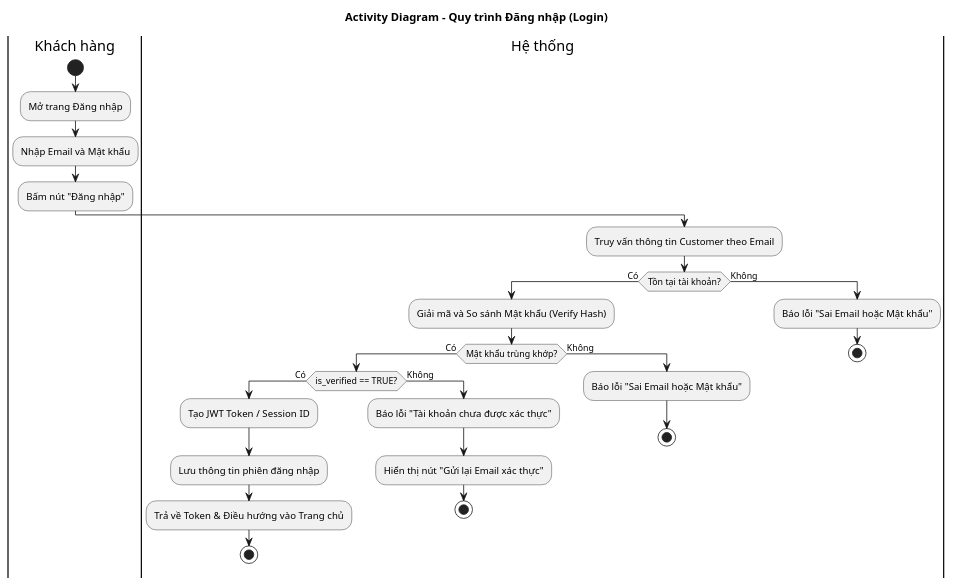
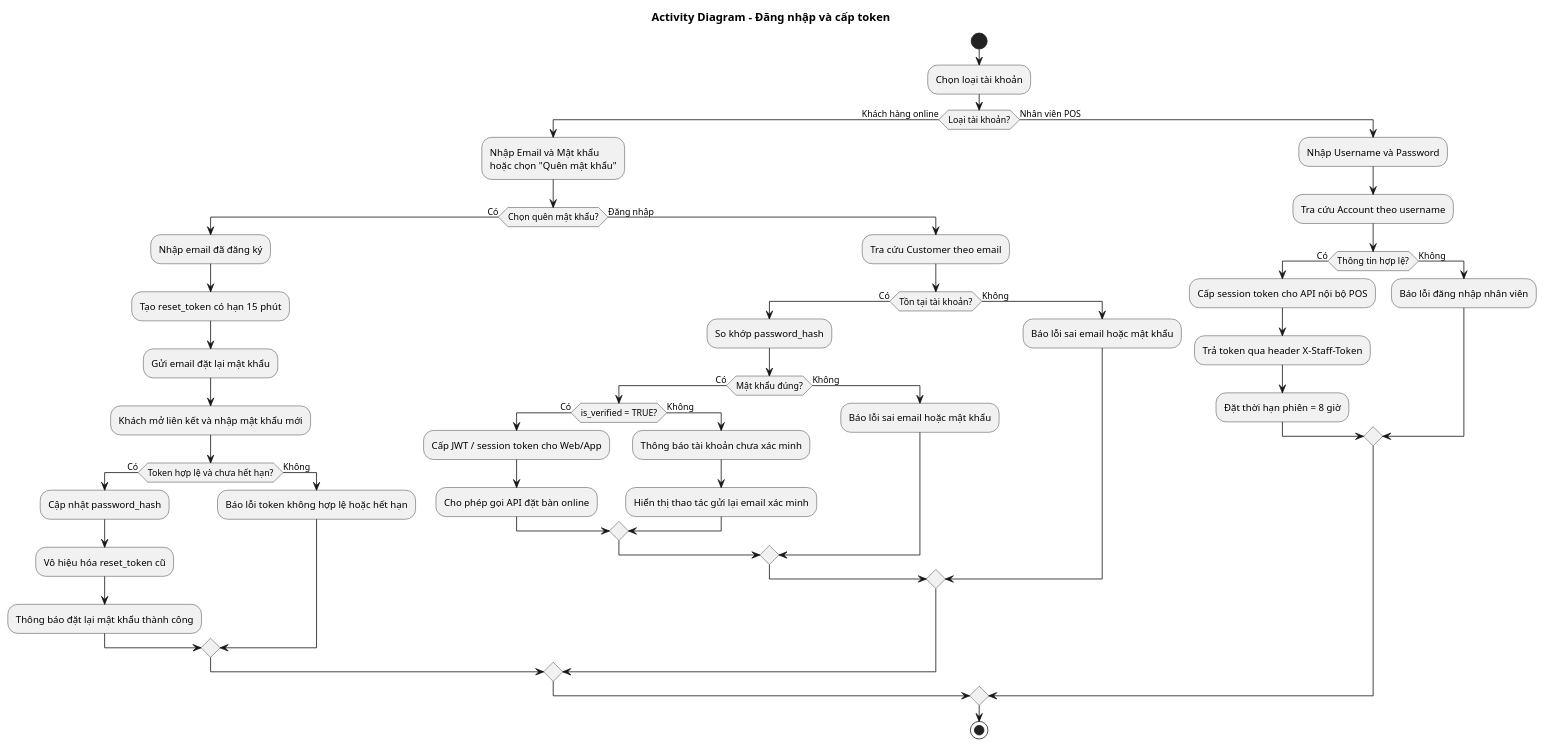
Before and after one commit to QuangLam0208/restaurant-reservation-system: the diagram in docs/uml/activity-login.puml, drawn with PlantUML. The commit also changed 13 other files, not shown here.

```diff
--- a/docs/uml/activity-login.puml
+++ b/docs/uml/activity-login.puml
@@ -1,38 +1,59 @@
 @startuml
-title Activity Diagram - Quy trình Đăng nhập (Login)
+title Activity Diagram - Đăng nhập và cấp token
 skinparam conditionStyle inside
 
-|Khách hàng|
 start
-:Mở trang Đăng nhập;
-:Nhập Email và Mật khẩu;
-:Bấm nút "Đăng nhập";
+:Chọn loại tài khoản;
 
-|Hệ thống|
-:Truy vấn thông tin Customer theo Email;
-if (Tồn tại tài khoản?) then (Có)
-  :Giải mã và So sánh Mật khẩu (Verify Hash);
-  if (Mật khẩu trùng khớp?) then (Có)
+if (Loại tài khoản?) then (Khách hàng online)
+  :Nhập Email và Mật khẩu\nhoặc chọn "Quên mật khẩu";
 
-    ' Kiểm tra điều kiện xác thực Email
-    if (is_verified == TRUE?) then (Có)
-      :Tạo JWT Token / Session ID;
-      :Lưu thông tin phiên đăng nhập;
-      :Trả về Token & Điều hướng vào Trang chủ;
-      stop
+  if (Chọn quên mật khẩu?) then (Có)
+    :Nhập email đã đăng ký;
+    :Tạo reset_token có hạn 15 phút;
+    :Gửi email đặt lại mật khẩu;
+    :Khách mở liên kết và nhập mật khẩu mới;
+
+    if (Token hợp lệ và chưa hết hạn?) then (Có)
+      :Cập nhật password_hash;
+      :Vô hiệu hóa reset_token cũ;
+      :Thông báo đặt lại mật khẩu thành công;
     else (Không)
-      :Báo lỗi "Tài khoản chưa được xác thực";
-      :Hiển thị nút "Gửi lại Email xác thực";
-      stop
+      :Báo lỗi token không hợp lệ hoặc hết hạn;
     endif
 
+  else (Đăng nhập)
+    :Tra cứu Customer theo email;
+    if (Tồn tại tài khoản?) then (Có)
+      :So khớp password_hash;
+      if (Mật khẩu đúng?) then (Có)
+        if (is_verified = TRUE?) then (Có)
+          :Cấp JWT / session token cho Web/App;
+          :Cho phép gọi API đặt bàn online;
+        else (Không)
+          :Thông báo tài khoản chưa xác minh;
+          :Hiển thị thao tác gửi lại email xác minh;
+        endif
+      else (Không)
+        :Báo lỗi sai email hoặc mật khẩu;
+      endif
+    else (Không)
+      :Báo lỗi sai email hoặc mật khẩu;
+    endif
+  endif
+
+else (Nhân viên POS)
+  :Nhập Username và Password;
+  :Tra cứu Account theo username;
+
+  if (Thông tin hợp lệ?) then (Có)
+    :Cấp session token cho API nội bộ POS;
+    :Trả token qua header X-Staff-Token;
+    :Đặt thời hạn phiên = 8 giờ;
   else (Không)
-    :Báo lỗi "Sai Email hoặc Mật khẩu";
-    stop
+    :Báo lỗi đăng nhập nhân viên;
   endif
-else (Không)
-  :Báo lỗi "Sai Email hoặc Mật khẩu";
-  stop
 endif
 
+stop
 @enduml
```
